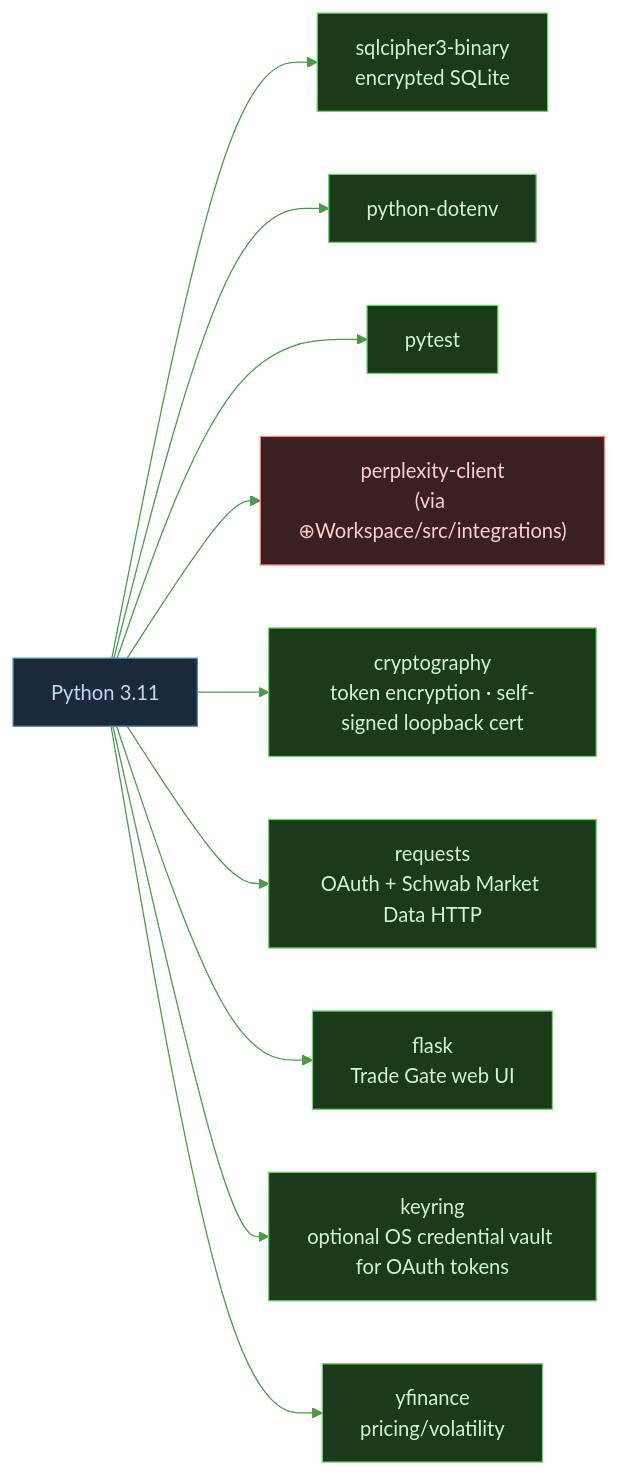
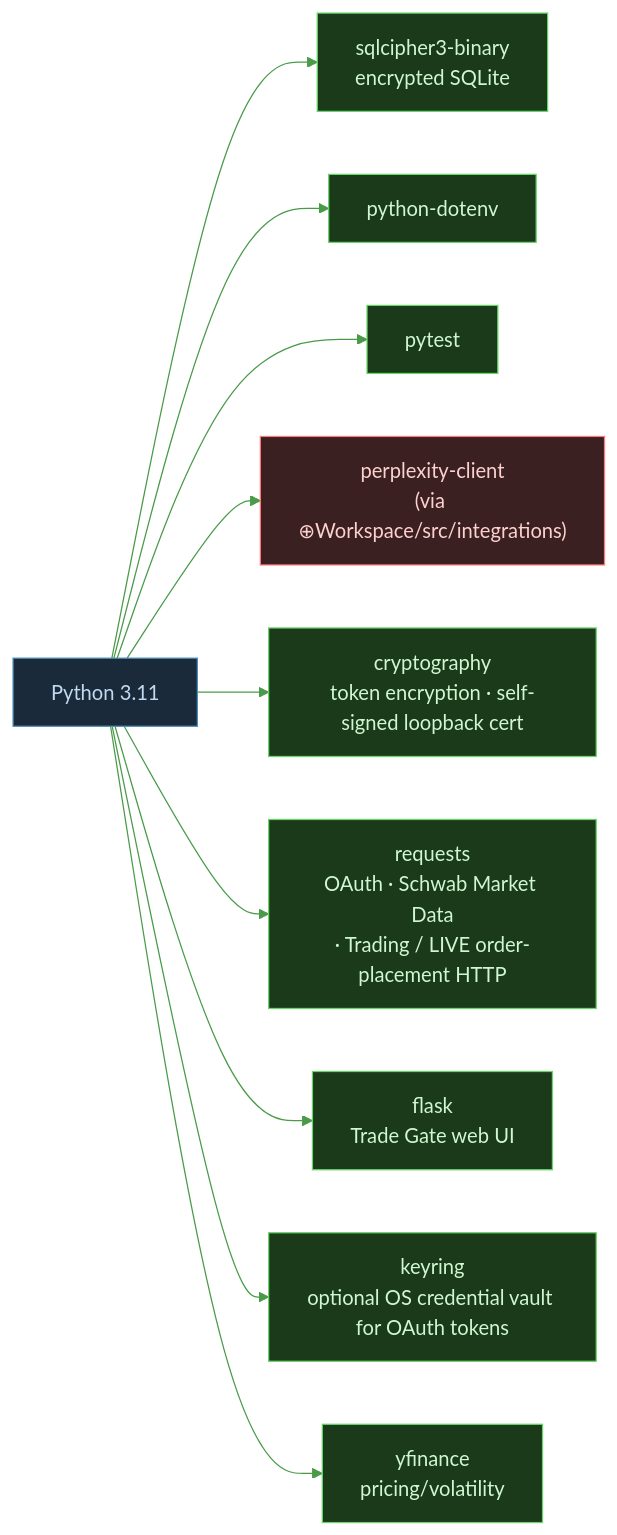
Before and after one commit to tylerdrakemusic/-Workspace: the diagram in diagrams/capital-tech-stack.mmd, drawn with Mermaid. The commit also changed 4 other files, not shown here.

First line of the commit message:
⊕ workspace: update architecture diagrams for FR-20260801-sigmacapital-real-order-placement

```diff
--- a/diagrams/capital-tech-stack.mmd
+++ b/diagrams/capital-tech-stack.mmd
@@ -1,26 +1,26 @@
 %%{init: {'theme': 'base', 'themeVariables': {'primaryColor': '#1a3a1a', 'primaryTextColor': '#d0f8d0', 'edgeLabelBackground': '#0f1318', 'lineColor': '#4a9a4a'}}}%%
 graph LR
     Python[Python 3.11] --> SQLCipher[sqlcipher3-binary<br/>encrypted SQLite]
     Python --> Dotenv[python-dotenv]
     Python --> Pytest[pytest]
     Python --> Perplexity["perplexity-client<br/>(via ⊕Workspace/src/integrations)"]
     Python --> Crypto["cryptography<br/>token encryption · self-signed loopback cert"]
-    Python --> Requests["requests<br/>OAuth + Schwab Market Data HTTP"]
+    Python --> Requests["requests<br/>OAuth · Schwab Market Data<br/>· Trading / LIVE order-placement HTTP"]
     Python --> Flask[flask<br/>Trade Gate web UI]
     Python --> Keyring["keyring<br/>optional OS credential vault for OAuth tokens"]
     Python --> YFinance[yfinance<br/>pricing/volatility]
     class Python lang
     class SQLCipher,Dotenv,Pytest,Crypto,Requests,Flask,Keyring,YFinance lib
     class Perplexity ext
 
 classDef life     fill:#1a2e3a,stroke:#6ab4d4,color:#d0ecf8
 classDef music    fill:#3a1a24,stroke:#d47a8f,color:#f8d0dc
 classDef quantum  fill:#251a3a,stroke:#a07adf,color:#e8d0f8
 classDef manifest fill:#3a2e1a,stroke:#d4a96a,color:#f8ead0
 classDef capital  fill:#1a3a1a,stroke:#6ad46a,color:#d0f8d0
 classDef ws       fill:#1a3a30,stroke:#6ad4b4,color:#d0f8ee
 classDef tyler    fill:#2a1a3a,stroke:#9e4aff,color:#fff
 classDef ext      fill:#3a2020,stroke:#ff7a7a,color:#ffd0d0
 classDef db       fill:#3a3010,stroke:#d4c050,color:#f8f0c0
 classDef lang     fill:#1a2a3a,stroke:#4a8ab4,color:#c0daf0
 classDef lib      fill:#1a3a1a,stroke:#6ad46a,color:#d0f8d0
```
